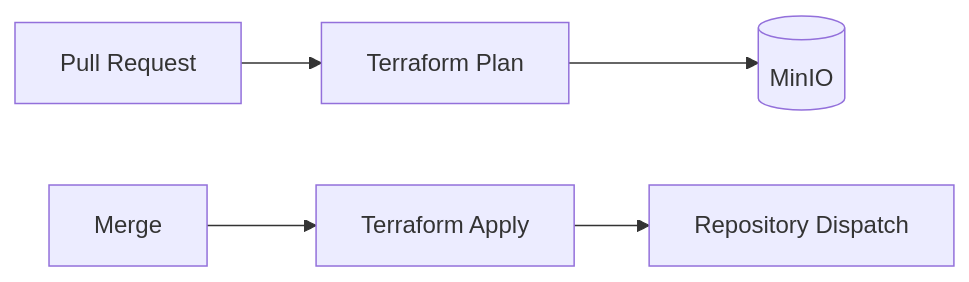
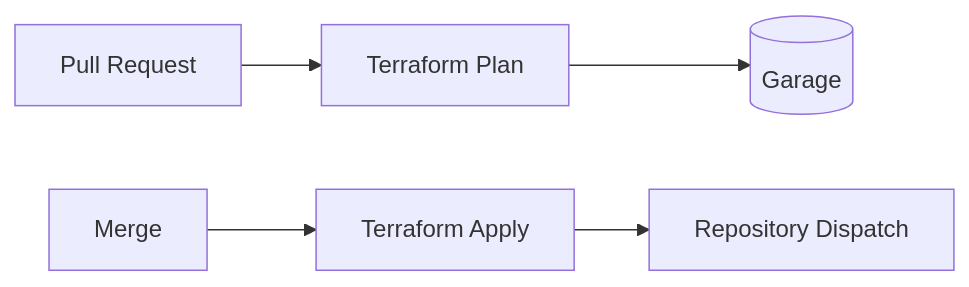
Before and after one commit to Starktastic-Homelab/.github: the fourth of 6 diagrams in profile/README.md, drawn with Mermaid. The commit also changed other lines of this file, not shown here.

Commit message:
docs: update profile README for MinIO to Garage migration

````diff
--- a/profile/README.md
+++ b/profile/README.md
@@ -131,7 +131,7 @@
 ```mermaid
 flowchart LR
     PR[Pull Request] --> Plan[Terraform Plan]
-    Plan --> MinIO[(MinIO)]
+    Plan --> S3[(Garage)]
     Merge[Merge] --> Apply[Terraform Apply]
     Apply --> Dispatch[Repository Dispatch]
 ```
````
